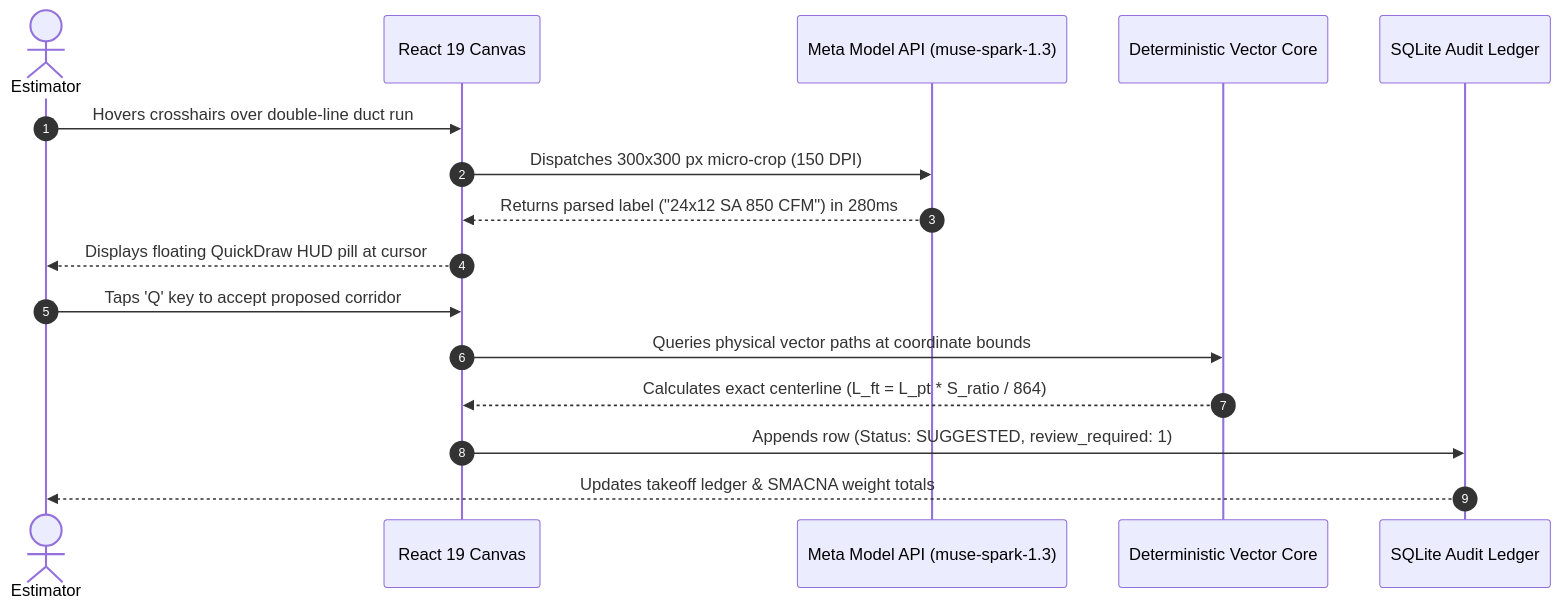
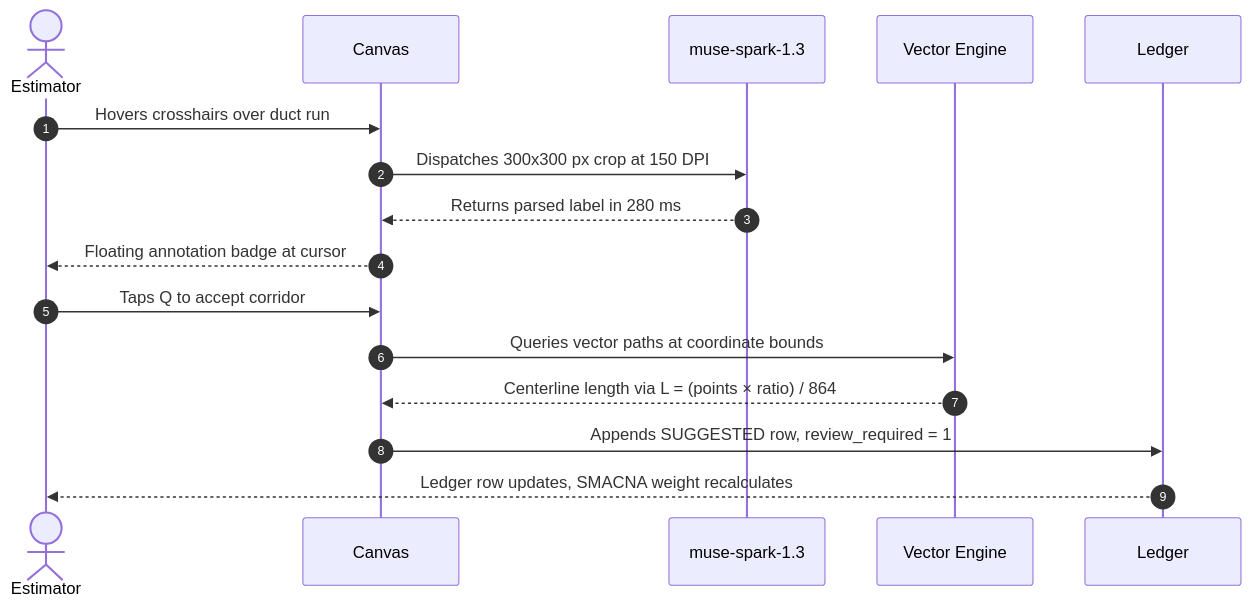
Before and after one commit to weslyjohn1307/BlueTrace: the second of 3 diagrams in README.md, drawn with Mermaid. The commit also changed other lines of this file and 1 other file, not shown here.

````diff
--- a/README.md
+++ b/README.md
@@ -160,19 +96,19 @@
 ```mermaid
 sequenceDiagram
     autonumber
-    actor Estimator as Estimator
-    participant Canvas as React 19 Canvas
-    participant Meta as Meta Model API (muse-spark-1.3)
-    participant Engine as Deterministic Vector Core
-    participant Ledger as SQLite Audit Ledger
+    actor E as Estimator
+    participant C as Canvas
+    participant M as muse-spark-1.3
+    participant V as Vector Engine
+    participant L as Ledger
 
-    Estimator->>Canvas: Hovers crosshairs over double-line duct run
-    Canvas->>Meta: Dispatches 300x300 px micro-crop (150 DPI)
-    Meta-->>Canvas: Returns parsed label ("24x12 SA 850 CFM") in 280ms
-    Canvas-->>Estimator: Displays floating QuickDraw HUD pill at cursor
-    Estimator->>Canvas: Taps 'Q' key to accept proposed corridor
-    Canvas->>Engine: Queries physical vector paths at coordinate bounds
-    Engine-->>Canvas: Calculates exact centerline (L_ft = L_pt * S_ratio / 864)
-    Canvas->>Ledger: Appends row (Status: SUGGESTED, review_required: 1)
-    Ledger-->>Estimator: Updates takeoff ledger & SMACNA weight totals
+    E->>C: Hovers crosshairs over duct run
+    C->>M: Dispatches 300x300 px crop at 150 DPI
+    M-->>C: Returns parsed label in 280 ms
+    C-->>E: Floating annotation badge at cursor
+    E->>C: Taps Q to accept corridor
+    C->>V: Queries vector paths at coordinate bounds
+    V-->>C: Centerline length via L = (points × ratio) / 864
+    C->>L: Appends SUGGESTED row, review_required = 1
+    L-->>E: Ledger row updates, SMACNA weight recalculates
 ```
````
